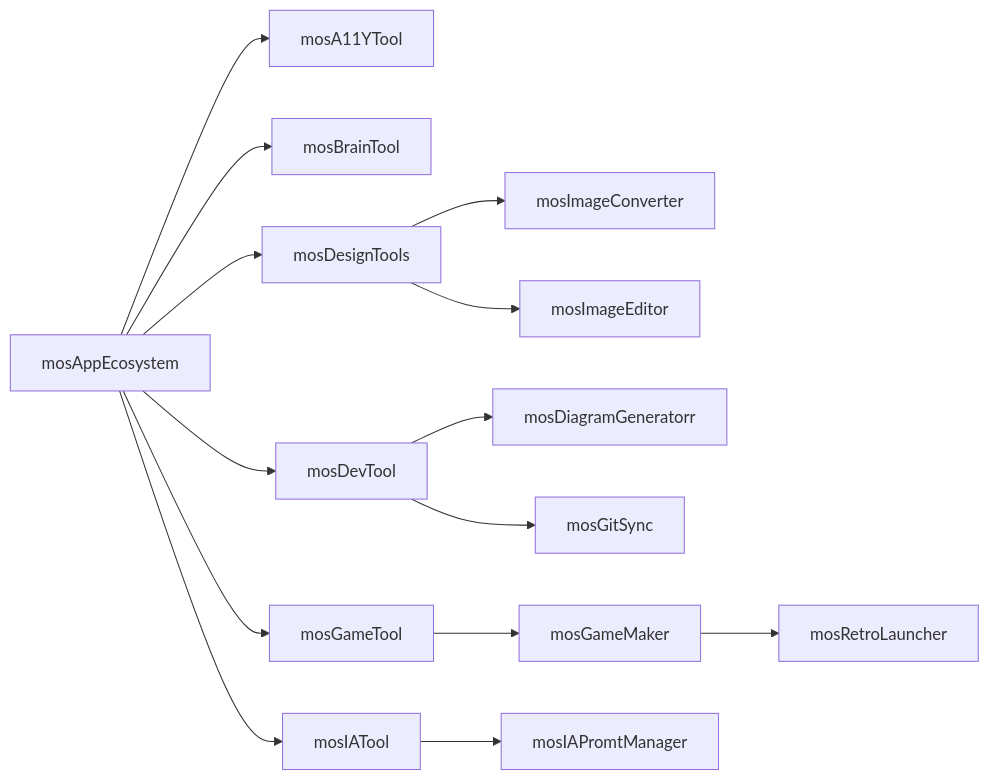
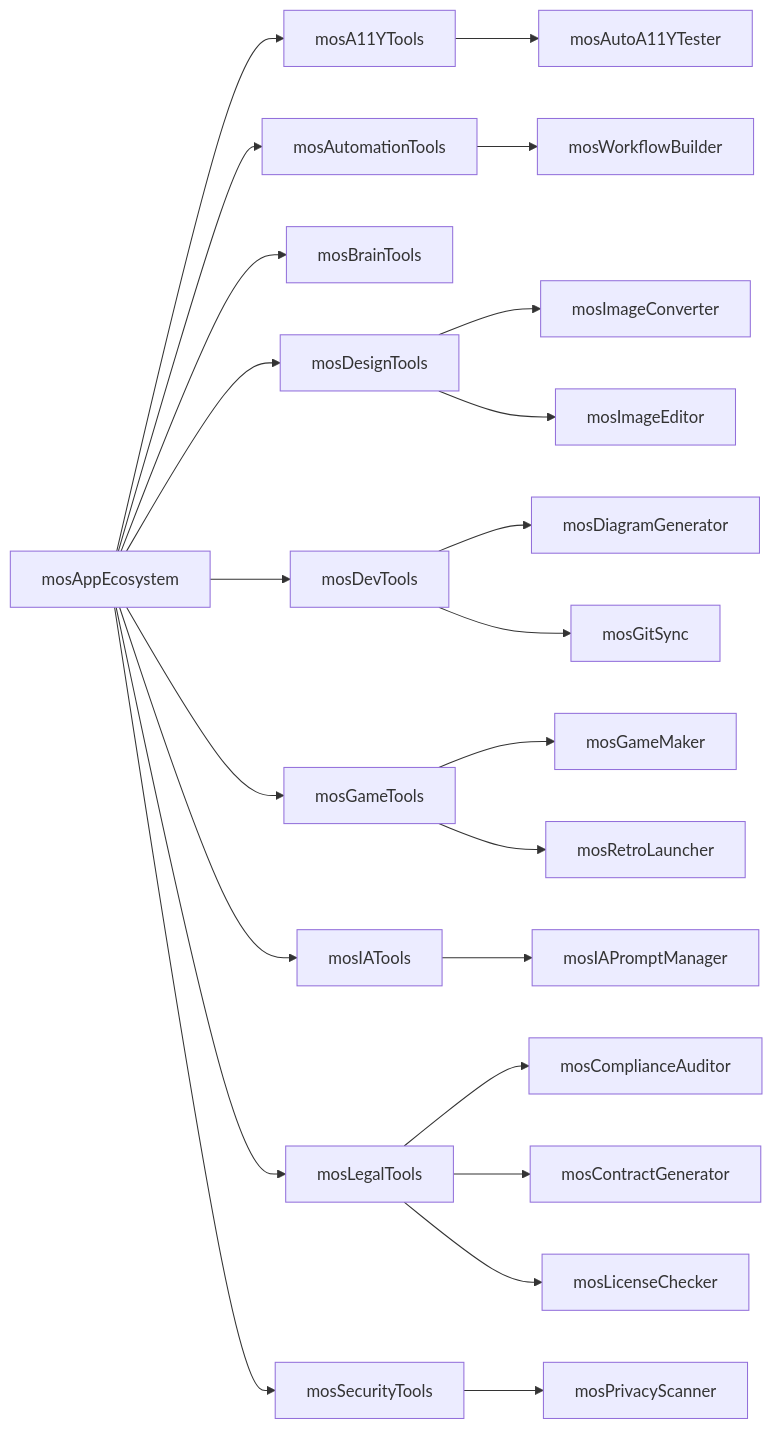
One commit to metsuke/23-MetsuOS-PublicBrain changed the fifth of 5 diagrams in Apps.md. Above: the diagram before and after it, drawn with Mermaid. The commit also changed other lines of this file and 50 other files, not shown here.

````diff
--- a/Apps.md
+++ b/Apps.md
@@ -306,21 +310,35 @@
 ```mermaid
 graph LR
-    N[mosAppEcosystem]
-    N --> O[mosA11YTool]
-    N --> P[mosBrainTool]
-    N --> Y[mosDesignTools]
-    N --> Q[mosDevTool]
-    N --> S[mosGameTool]
-    N --> W[mosIATool]
-
-    Y --> T[mosImageConverter]
-    Y --> Z[mosImageEditor]
-
-    Q --> A[mosDiagramGeneratorr]
-    Q --> R[mosGitSync]
-
-    S --> V[mosGameMaker]
-    V --> U[mosRetroLauncher]
-
-    W --> X[mosIAPromtManager]
+    A[mosAppEcosystem]
+    
+    A --> B[mosA11YTools]
+    B --> C[mosAutoA11YTester]
+    
+    A --> D[mosAutomationTools]
+    D --> E[mosWorkflowBuilder]
+    
+    A --> F[mosBrainTools]
+    
+    A --> G[mosDesignTools]
+    G --> H[mosImageConverter]
+    G --> I[mosImageEditor]
+    
+    A --> J[mosDevTools]
+    J --> K[mosDiagramGenerator]
+    J --> L[mosGitSync]
+    
+    A --> M[mosGameTools]
+    M --> N[mosGameMaker]
+    M--> O[mosRetroLauncher]
+    
+    A --> P[mosIATools]
+    P --> Q[mosIAPromptManager]
+    
+    A --> R[mosLegalTools]
+    R --> S[mosComplianceAuditor]
+    R --> T[mosContractGenerator]
+    R --> U[mosLicenseChecker]
+    
+    A --> V[mosSecurityTools]
+    V --> W[mosPrivacyScanner]
 ```
````
